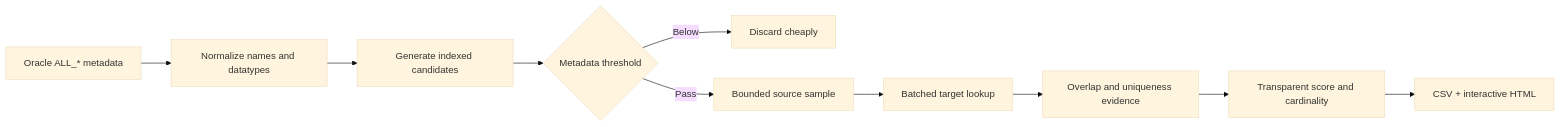
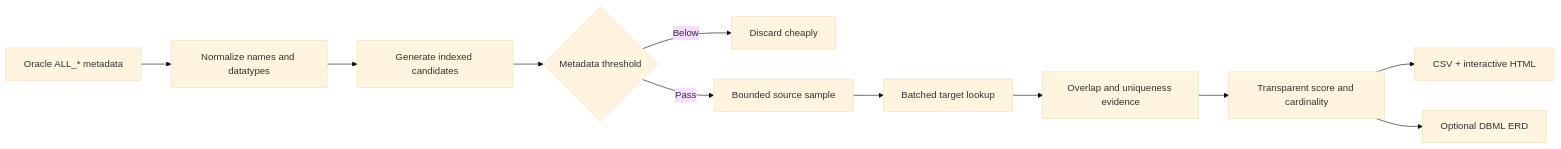
Before and after one commit to mahdiyazdi83/relifinder: the diagram in README.md, drawn with Mermaid (base theme). The commit also changed other lines of this file and 13 other files, not shown here.

Commit message:
feat: add confidence-aware DBML ERD exports

````diff
--- a/README.md
+++ b/README.md
@@ -55,12 +56,13 @@
 ```mermaid
 flowchart LR
     A[Oracle ALL_* metadata] --> B[Normalize names and datatypes]
     B --> C[Generate indexed candidates]
     C --> D{Metadata threshold}
     D -->|Below| E[Discard cheaply]
     D -->|Pass| F[Bounded source sample]
     F --> G[Batched target lookup]
     G --> H[Overlap and uniqueness evidence]
     H --> I[Transparent score and cardinality]
     I --> J[CSV + interactive HTML]
+    I --> K[Optional DBML ERD]
 ```
````
